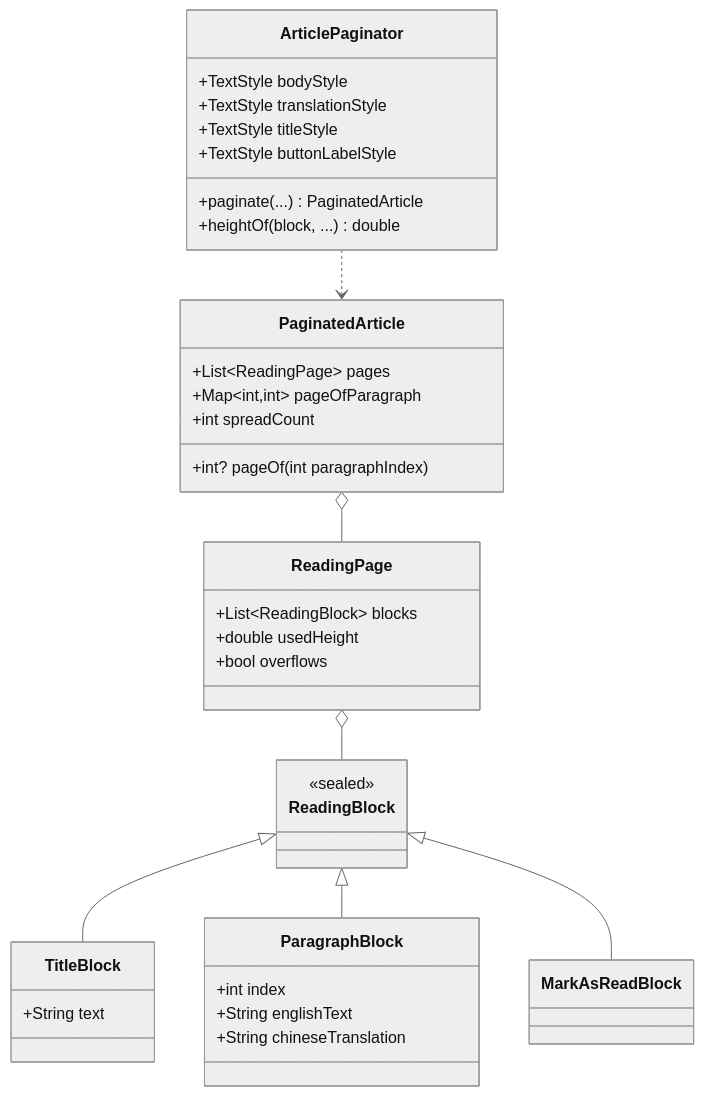
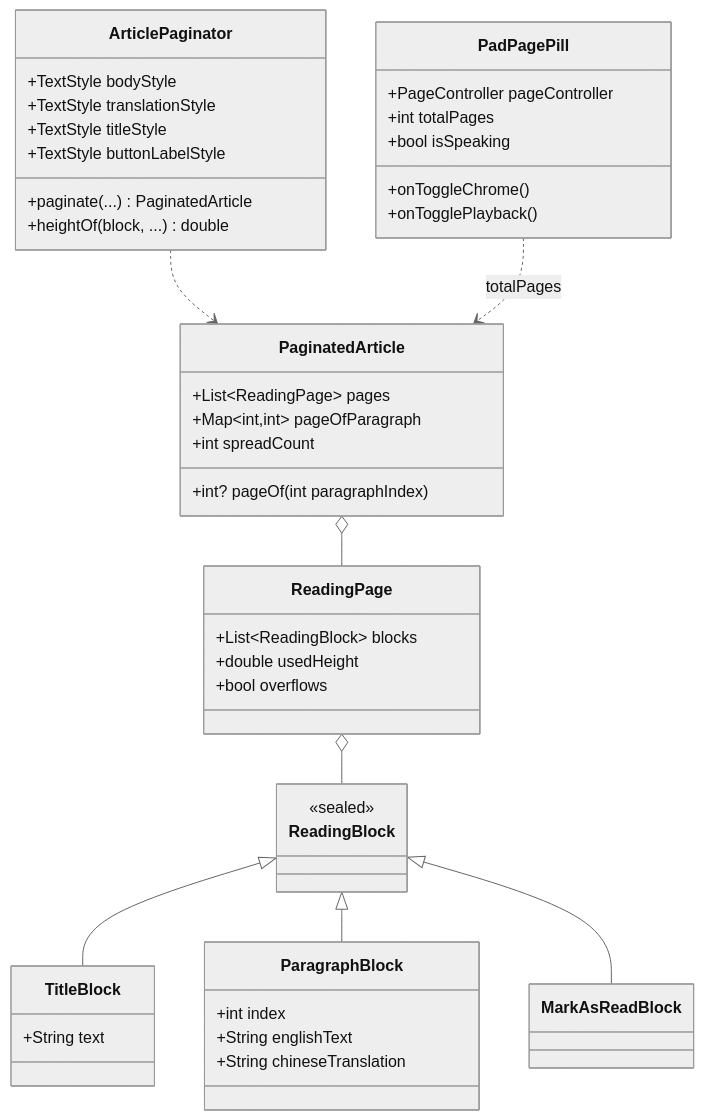
One commit to kindywu/contexta changed the fifth of 5 diagrams in impl/app/flutter/docs/reading-spread.md. Above: the diagram before and after it, drawn with Mermaid (neutral theme). The commit also changed other lines of this file and 5 other files, not shown here.

````diff
--- a/impl/app/flutter/docs/reading-spread.md
+++ b/impl/app/flutter/docs/reading-spread.md
@@ -157,40 +255,48 @@
 ```mermaid
 classDiagram
     class ReadingBlock {
         <<sealed>>
     }
     class TitleBlock {
         +String text
     }
     class ParagraphBlock {
         +int index
         +String englishText
         +String chineseTranslation
     }
     class MarkAsReadBlock
     class ReadingPage {
         +List~ReadingBlock~ blocks
         +double usedHeight
         +bool overflows
     }
     class PaginatedArticle {
         +List~ReadingPage~ pages
         +Map~int,int~ pageOfParagraph
         +int spreadCount
         +int? pageOf(int paragraphIndex)
     }
     class ArticlePaginator {
         +TextStyle bodyStyle
         +TextStyle translationStyle
         +TextStyle titleStyle
         +TextStyle buttonLabelStyle
         +paginate(...) PaginatedArticle
         +heightOf(block, ...) double
     }
+    class PadPagePill {
+        +PageController pageController
+        +int totalPages
+        +bool isSpeaking
+        +onToggleChrome()
+        +onTogglePlayback()
+    }
     ReadingBlock <|-- TitleBlock
     ReadingBlock <|-- ParagraphBlock
     ReadingBlock <|-- MarkAsReadBlock
     ReadingPage o-- ReadingBlock
     PaginatedArticle o-- ReadingPage
     ArticlePaginator ..> PaginatedArticle
+    PadPagePill ..> PaginatedArticle : totalPages
 ```
````
